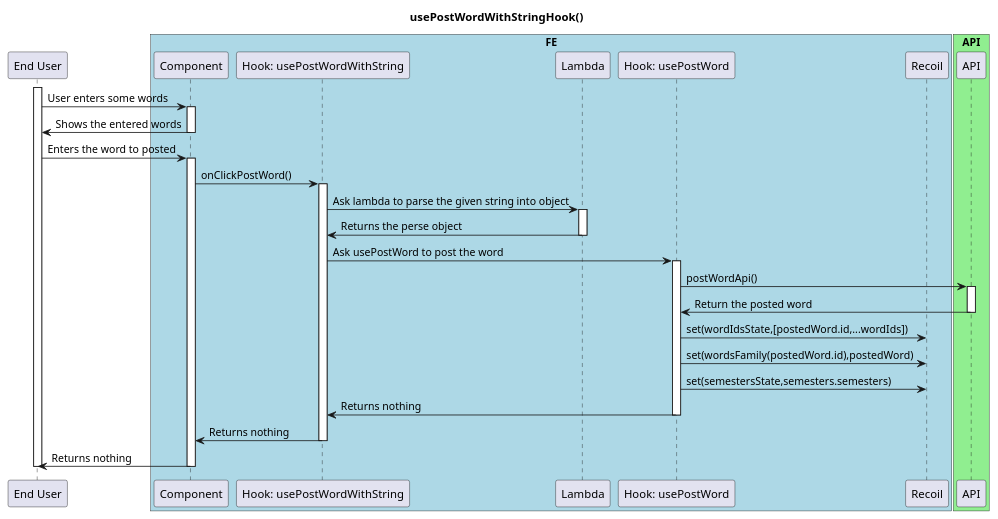
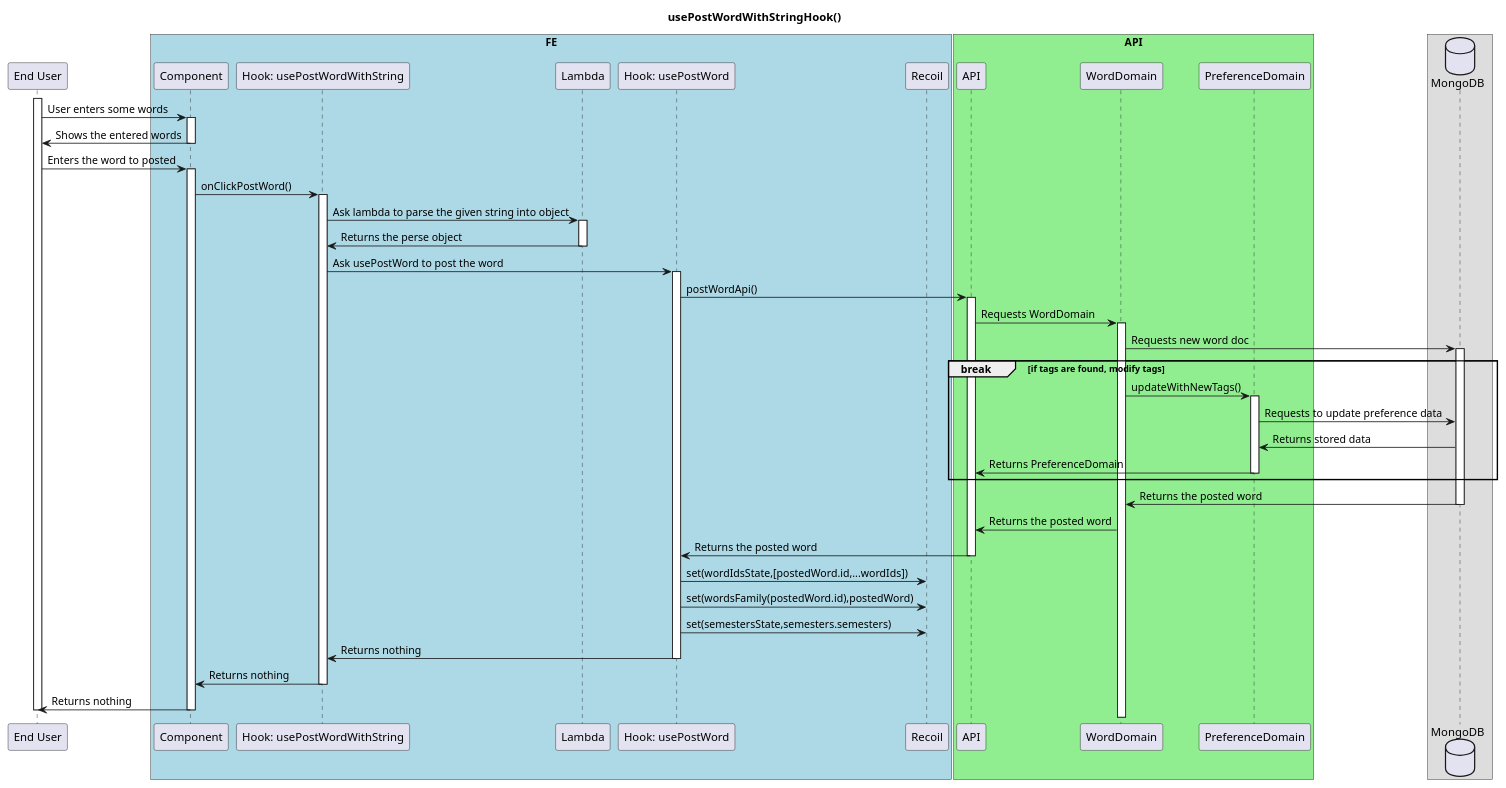
Before and after one commit to ajktown/docs: the diagram in dev_wordnote/diagrams/on-post-word-with-string-hook.md, drawn with PlantUML.

Commit message:
doc: modify diagram for the usePostWordWithStingHook

````diff
--- a/dev_wordnote/diagrams/on-post-word-with-string-hook.md
+++ b/dev_wordnote/diagrams/on-post-word-with-string-hook.md
@@ -14,49 +14,67 @@
 ```plantuml
 
 @startuml
 
 title usePostWordWithStringHook()
 
 participant "End User" as user
 
 box "FE" #Lightblue
   participant "Component" as fe
   participant "Hook: usePostWordWithString" as hook
   participant "Lambda" as lambda
   participant "Hook: usePostWord" as hook2
   participant "Recoil" as recoil
 box
 box "API" #Lightgreen
   participant "API" as api
+  participant "WordDomain" as domain
+  participant "PreferenceDomain" as pd
 box
+database "MongoDB" as db
 
 activate user
   user -> fe: User enters some words
   activate fe
     user <- fe: Shows the entered words
   deactivate fe
   user -> fe: Enters the word to posted
   activate fe
     fe -> hook: onClickPostWord()
     activate hook
       hook -> lambda: Ask lambda to parse the given string into object
       activate lambda
         hook <- lambda: Returns the perse object
       deactivate lambda
       hook -> hook2: Ask usePostWord to post the word
       activate hook2
         hook2 -> api: postWordApi()
         activate api
-          hook2 <- api: Return the posted word
+          api -> domain:Requests WordDomain
+          activate domain
+            domain -> db: Requests new word doc
+            activate db
+            break if tags are found, modify tags
+              domain -> pd: updateWithNewTags()
+              activate pd
+                pd -> db: Requests to update preference data
+                pd<- db:  Returns stored data
+                api <- pd: Returns PreferenceDomain
+              deactivate pd
+            end break
+            domain <- db: Returns the posted word
+            deactivate db
+            api <- domain: Returns the posted word
+          hook2 <- api: Returns the posted word
         deactivate api
         hook2 -> recoil: set(wordIdsState,[postedWord.id,...wordIds])
         hook2 -> recoil: set(wordsFamily(postedWord.id),postedWord)
         hook2 -> recoil: set(semestersState,semesters.semesters)
         hook <- hook2: Returns nothing
       deactivate hook2
       fe <- hook: Returns nothing
     deactivate hook
     user <- fe: Returns nothing
   deactivate fe
 deactivate user
 ```
````
